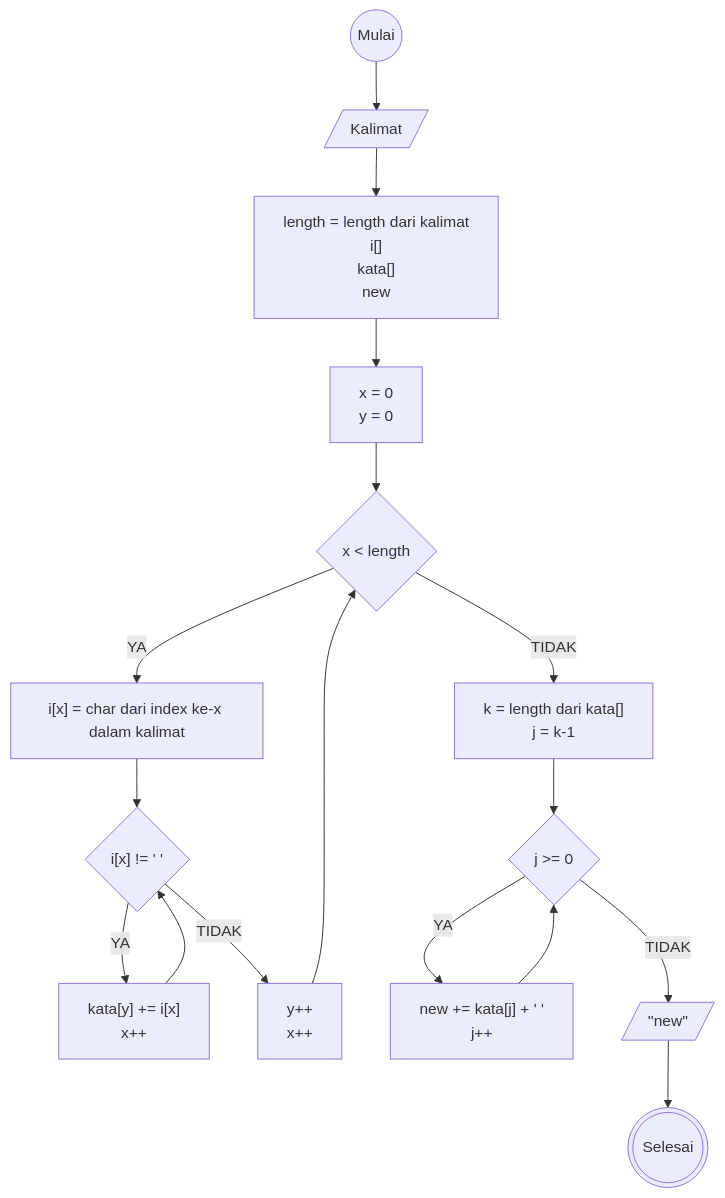
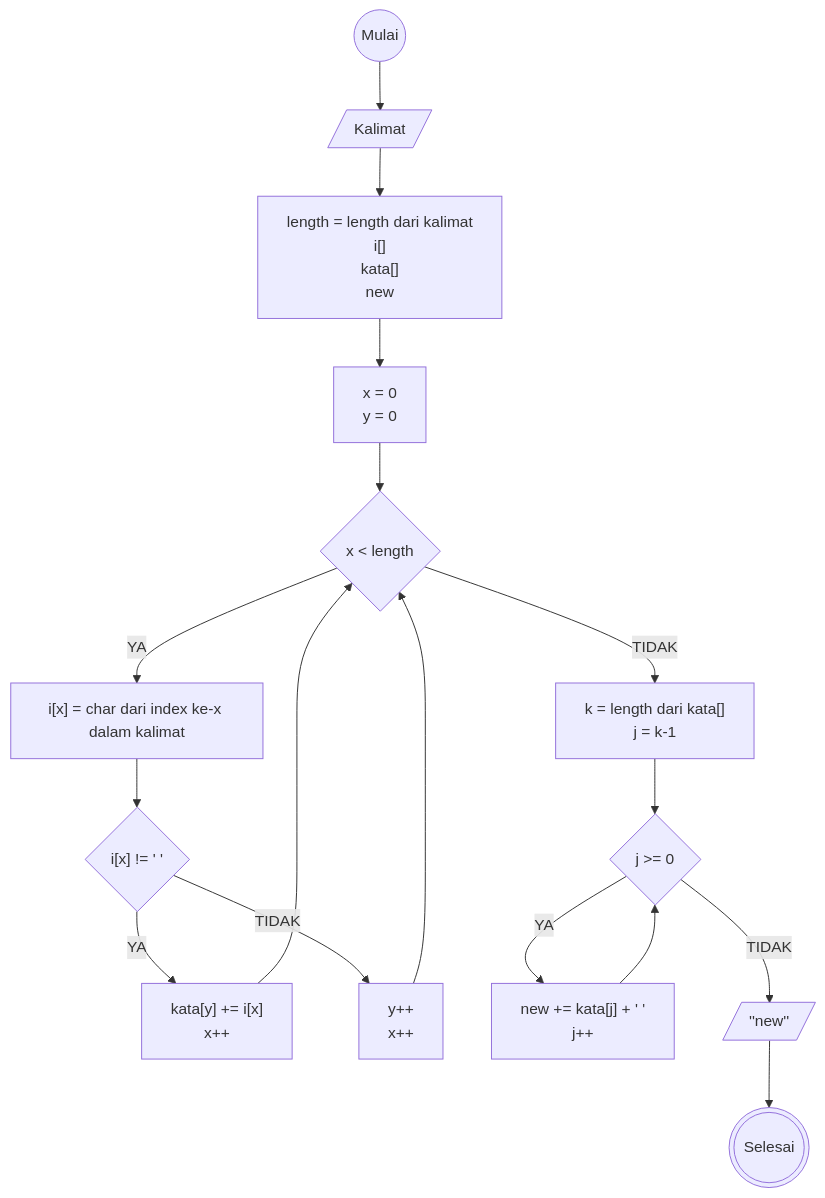
The second of 2 diagrams in wt1-algoritma.md (mdavindarinaldy/fgo24-weeklytask1), drawn with Mermaid before and after one commit. The commit also changed other lines of this file, not shown here.

````diff
--- a/wt1-algoritma.md
+++ b/wt1-algoritma.md
@@ -78,36 +76,36 @@
 ```mermaid
 flowchart TD
 A((Mulai))
 B[/Kalimat/]
 C@{shape: rect, label: "length = length dari kalimat
 i[]
 kata[]
 new
 "}
 D[x = 0
 y = 0]
 E@{shape: diamond, label: "x < length"}
 E2@{shape: rect, label: "i[x] = char dari index ke-x dalam kalimat"}
 E1@{shape: diamond, label: "i[x] != ' '"}
 F@{shape: rect, label: "kata[y] += i[x]
 x++
 "}
 H@{shape: rect, label: "y++
 x++
 "}
 I@{shape: rect, label: "k = length dari kata[]
 j = k-1
 "}
 K@{shape: diamond, label: "j >= 0"}
 L@{shape: rect, label: "new += kata[j] + ' '
 j++"}
 M[/''new''/]
 N(((Selesai)))
 
 A --> B --> C --> D --> E
-E --YA--> E2 --> E1 --YA--> F --> E1
+E --YA--> E2 --> E1 --YA--> F --> E
 E1 --TIDAK--> H --> E
 E --TIDAK--> I --> K --YA--> L --> K
 K --TIDAK--> M --> N
 
 ```
````
